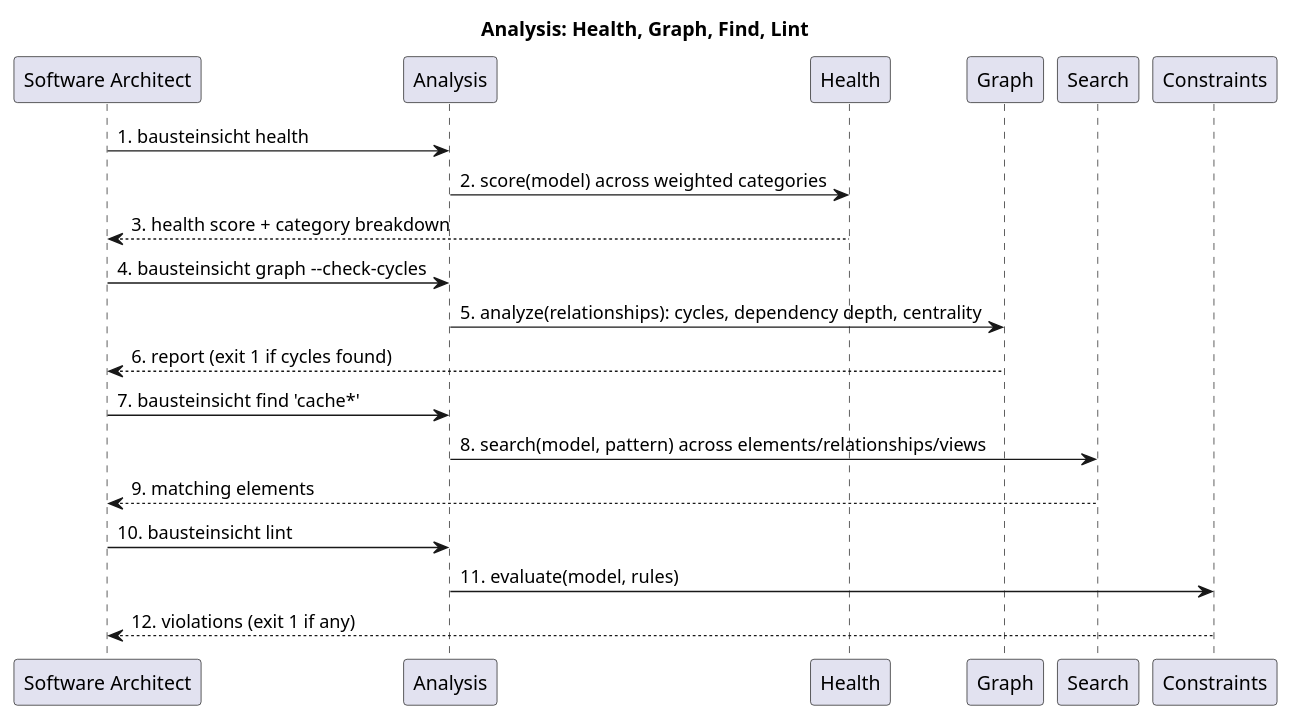
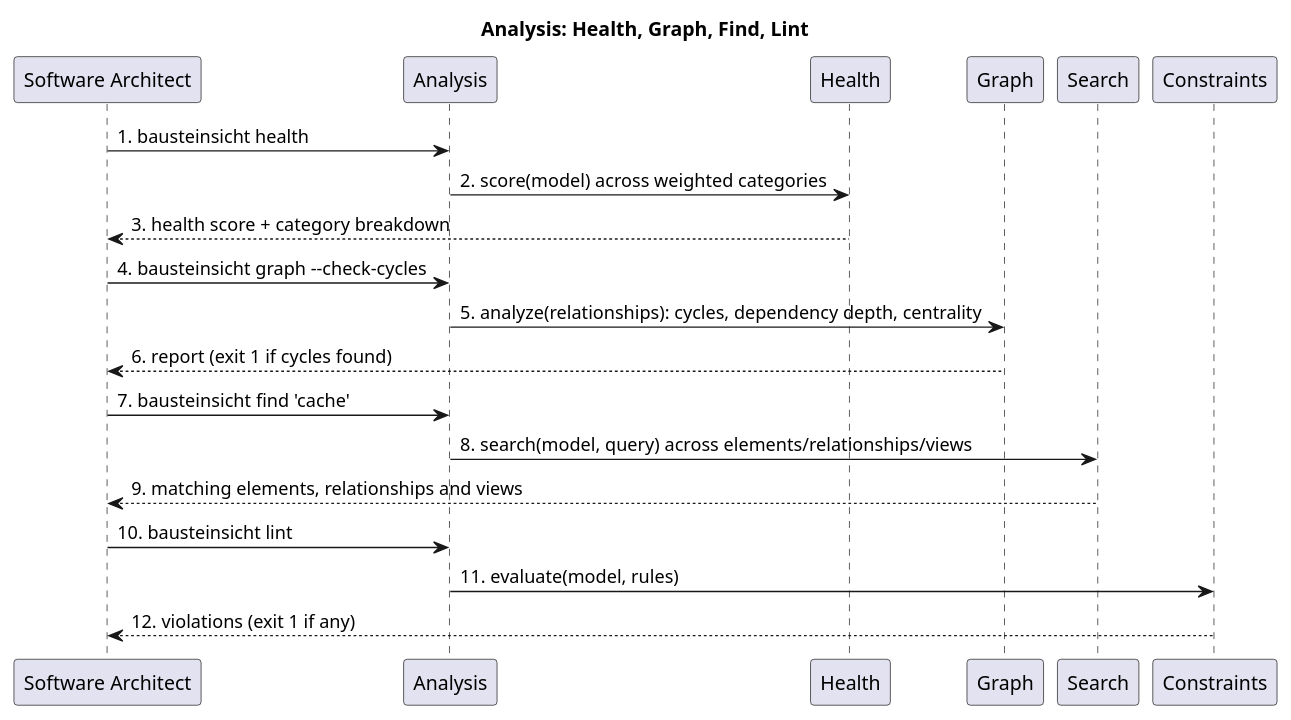
Before and after one commit to docToolchain/Bausteinsicht: the diagram in src/docs/arc42/sequence-analysis-suite.puml, drawn with PlantUML. The commit also changed 17 other files, not shown here.

First line of the commit message:
docs(arc42): model the components of the search package (#658)

```diff
--- a/src/docs/arc42/sequence-analysis-suite.puml
+++ b/src/docs/arc42/sequence-analysis-suite.puml
@@ -1,24 +1,24 @@
 @startuml analysis_suite
 title Analysis: Health, Graph, Find, Lint
 
 participant "Software Architect" as architect
 participant "Analysis" as bausteinsicht_cli_analysis
 participant "Health" as bausteinsicht_health
 participant "Graph" as bausteinsicht_graph
 participant "Search" as bausteinsicht_search
 participant "Constraints" as bausteinsicht_constraints
 
 architect -> bausteinsicht_cli_analysis : 1. bausteinsicht health
 bausteinsicht_cli_analysis -> bausteinsicht_health : 2. score(model) across weighted categories
 bausteinsicht_health --> architect : 3. health score + category breakdown
 architect -> bausteinsicht_cli_analysis : 4. bausteinsicht graph ‑‑check-cycles
 bausteinsicht_cli_analysis -> bausteinsicht_graph : 5. analyze(relationships): cycles, dependency depth, centrality
 bausteinsicht_graph --> architect : 6. report (exit 1 if cycles found)
-architect -> bausteinsicht_cli_analysis : 7. bausteinsicht find 'cache*'
-bausteinsicht_cli_analysis -> bausteinsicht_search : 8. search(model, pattern) across elements/relationships/views
-bausteinsicht_search --> architect : 9. matching elements
+architect -> bausteinsicht_cli_analysis : 7. bausteinsicht find 'cache'
+bausteinsicht_cli_analysis -> bausteinsicht_search : 8. search(model, query) across elements/relationships/views
+bausteinsicht_search --> architect : 9. matching elements, relationships and views
 architect -> bausteinsicht_cli_analysis : 10. bausteinsicht lint
 bausteinsicht_cli_analysis -> bausteinsicht_constraints : 11. evaluate(model, rules)
 bausteinsicht_constraints --> architect : 12. violations (exit 1 if any)
 
 @enduml
```
